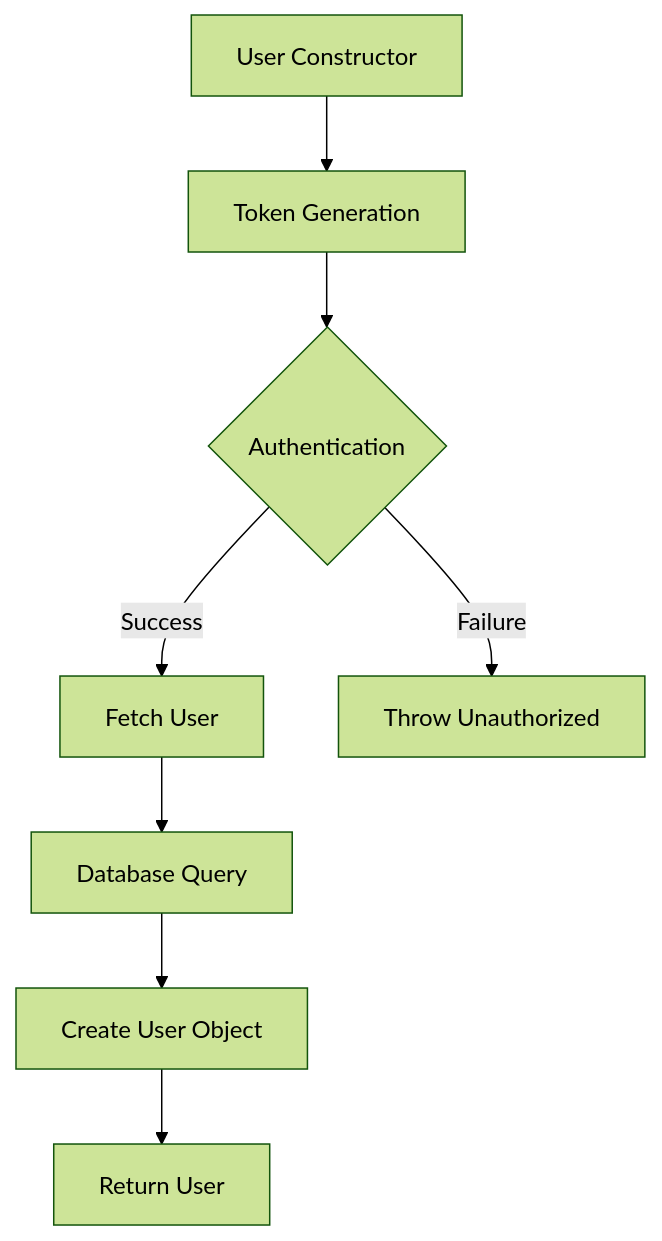
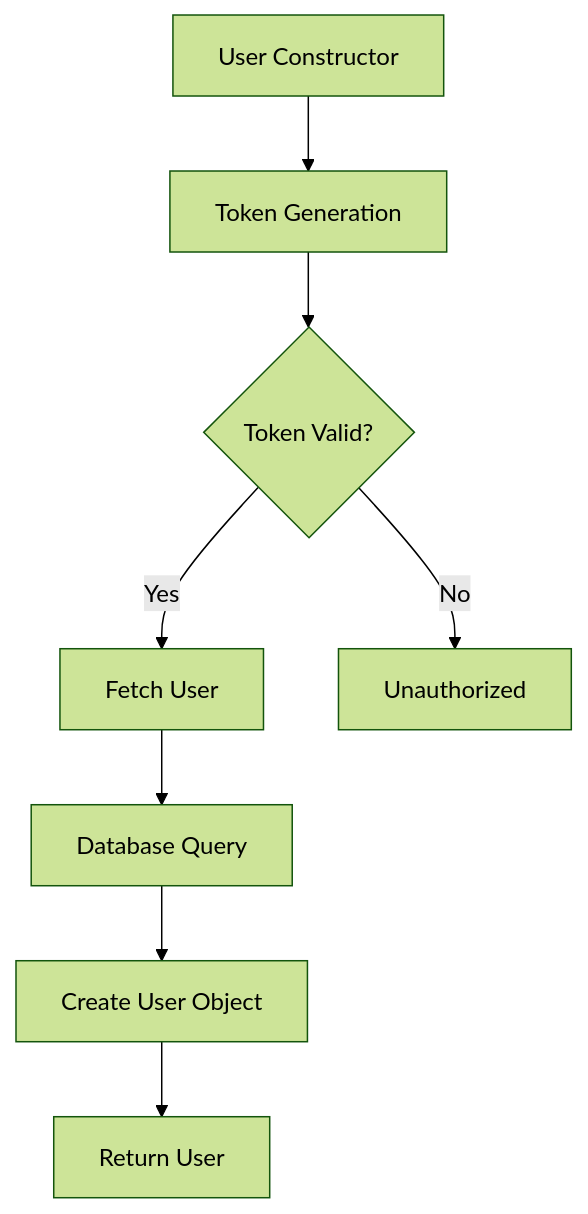
The first of 2 diagrams in wiki/src/java/com/scalesec/vulnado/User.java.md (julioarruda/vulnado), drawn with Mermaid (forest theme) before and after one commit. The commit also changed other lines of this file and 1 other file, not shown here.

````diff
--- a/wiki/src/java/com/scalesec/vulnado/User.java.md
+++ b/wiki/src/java/com/scalesec/vulnado/User.java.md
@@ -9,10 +9,10 @@
 ```mermaid
 flowchart TD
     A["User Constructor"] --> B["Token Generation"]
-    B --> C{"Authentication"}
-    C -->|"Success"| D["Fetch User"]
-    C -->|"Failure"| E["Throw Unauthorized"]
+    B --> C{"Token Valid?"}
+    C -->|Yes| D["Fetch User"]
+    C -->|No| E["Unauthorized"]
     D --> F["Database Query"]
     F --> G["Create User Object"]
     G --> H["Return User"]
 ```
````
